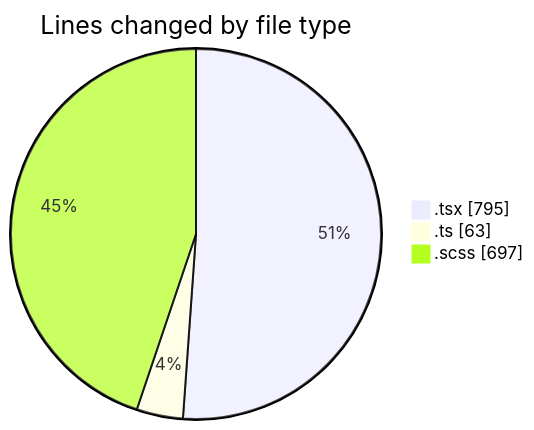
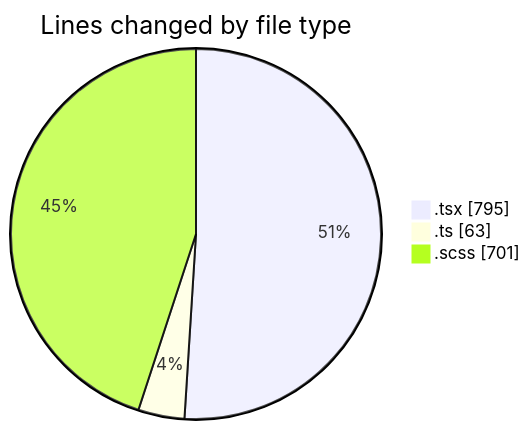
One commit to momahboobian/code-tracking changed the first of 2 diagrams in 2025-04-02/cda/README.md. Above: the diagram before and after it, drawn with Mermaid. The commit also changed other lines of this file and 1 other file, not shown here.

````diff
--- a/2025-04-02/cda/README.md
+++ b/2025-04-02/cda/README.md
@@ -26,7 +26,7 @@
 ```mermaid
 pie showData
 title Lines changed by file type
 ".tsx" : 795
 ".ts" : 63
-".scss" : 697
+".scss" : 701
 ```
````
